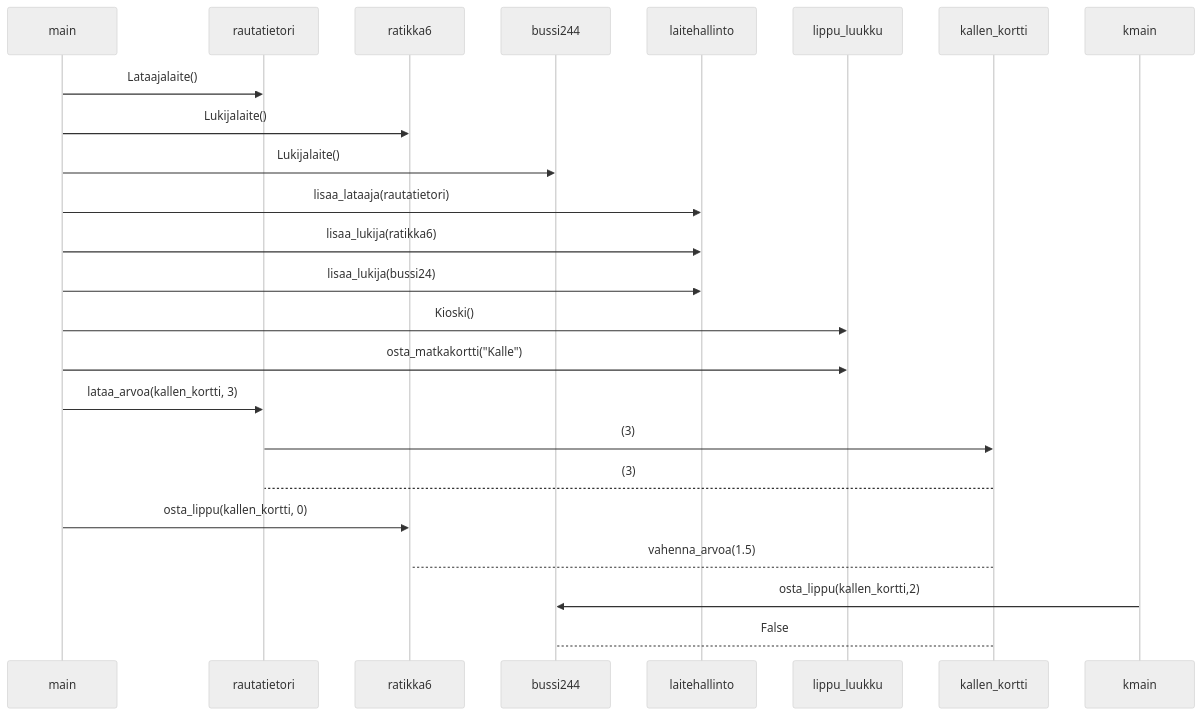
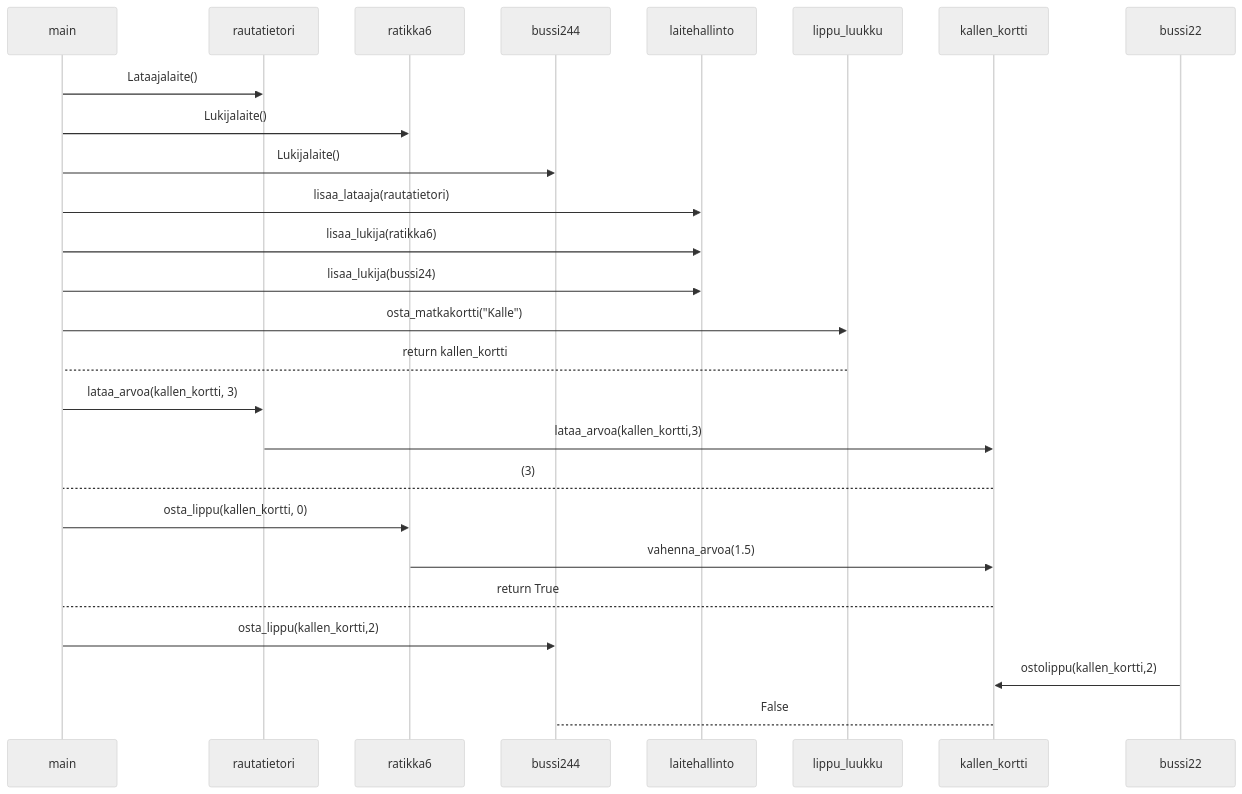
Before and after one commit to ah-pasila/ot-running-calendar: the diagram in laskarit/viikko3/hsl.md, drawn with Mermaid (neutral theme).

Commit message:
Luonnos3 sekvenssikaaviosta

````diff
--- a/laskarit/viikko3/hsl.md
+++ b/laskarit/viikko3/hsl.md
@@ -3,18 +3,20 @@
 ```mermaid
 sequenceDiagram
     main->>rautatietori: Lataajalaite()
     main->>ratikka6: Lukijalaite()
     main->>bussi244: Lukijalaite()
     main->>laitehallinto: lisaa_lataaja(rautatietori)
     main->>laitehallinto: lisaa_lukija(ratikka6)
     main->>laitehallinto: lisaa_lukija(bussi24)
-    main->>lippu_luukku: Kioski()
     main->>lippu_luukku: osta_matkakortti("Kalle")
+    lippu_luukku-->main: return kallen_kortti
     main->>rautatietori: lataa_arvoa(kallen_kortti, 3)
-    rautatietori->>kallen_kortti: (3)
-    kallen_kortti-->rautatietori: (3)
+    rautatietori->>kallen_kortti: lataa_arvoa(kallen_kortti,3)
+    kallen_kortti-->main: (3)
     main->>ratikka6: osta_lippu(kallen_kortti, 0)
-    kallen_kortti-->ratikka6: vahenna_arvoa(1.5)
-    kmain->>bussi244: osta_lippu(kallen_kortti,2)
+    ratikka6->>kallen_kortti: vahenna_arvoa(1.5)
+    kallen_kortti-->main: return True
+    main->>bussi244: osta_lippu(kallen_kortti,2)
+    bussi22->>kallen_kortti: ostolippu(kallen_kortti,2)
     kallen_kortti-->bussi244: False
 ```
````
